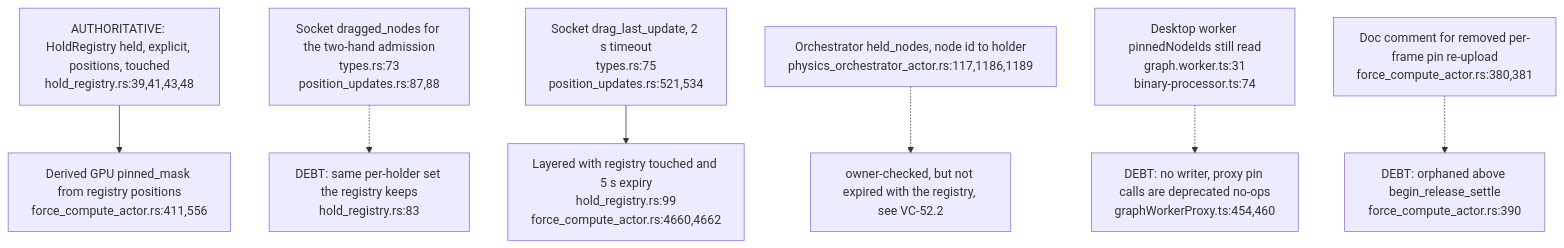
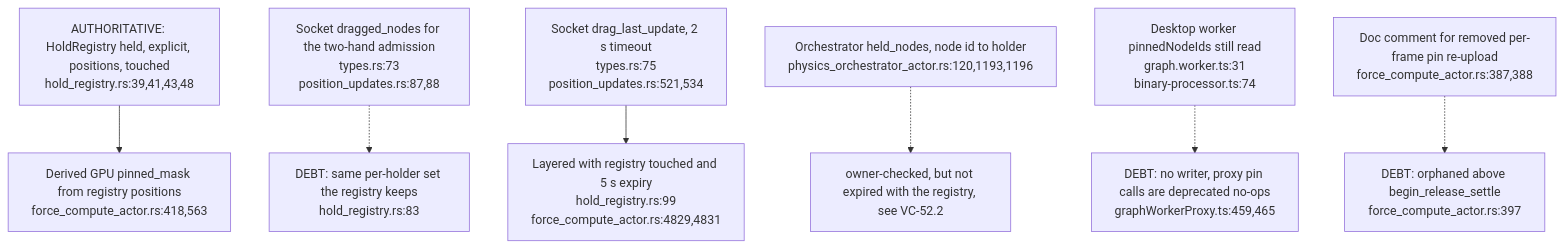
One commit to DreamLab-AI/VisionFlow changed the seventh of 7 diagrams in docs/diagrams/visionclaw/52-drag-holds-and-observation-gates.md. Above: the diagram before and after it, drawn with Mermaid. The commit also changed other lines of this file and 6 other files, not shown here.

First line of the commit message:
diagrams(visionclaw): re-verify VC-51..57 at visionclaw 4900ec60

````diff
--- a/docs/diagrams/visionclaw/52-drag-holds-and-observation-gates.md
+++ b/docs/diagrams/visionclaw/52-drag-holds-and-observation-gates.md
@@ -160,9 +160,9 @@
 ```mermaid
 flowchart TD
-    REG["AUTHORITATIVE: HoldRegistry held, explicit, positions, touched<br/>hold_registry.rs:39,41,43,48"] --> MASK["Derived GPU pinned_mask from registry positions<br/>force_compute_actor.rs:411,556"]
+    REG["AUTHORITATIVE: HoldRegistry held, explicit, positions, touched<br/>hold_registry.rs:39,41,43,48"] --> MASK["Derived GPU pinned_mask from registry positions<br/>force_compute_actor.rs:418,563"]
     SOCK["Socket dragged_nodes for the two-hand admission<br/>types.rs:73<br/>position_updates.rs:87,88"] -.-> D1["DEBT: same per-holder set the registry keeps<br/>hold_registry.rs:83"]
-    TIME["Socket drag_last_update, 2 s timeout<br/>types.rs:75<br/>position_updates.rs:521,534"] --> LAYER["Layered with registry touched and 5 s expiry<br/>hold_registry.rs:99<br/>force_compute_actor.rs:4660,4662"]
-    ORCH["Orchestrator held_nodes, node id to holder<br/>physics_orchestrator_actor.rs:117,1186,1189"] -.-> T1["owner-checked, but not expired with the registry, see VC-52.2"]
-    DESK["Desktop worker pinnedNodeIds still read<br/>graph.worker.ts:31<br/>binary-processor.ts:74"] -.-> D2["DEBT: no writer, proxy pin calls are deprecated no-ops<br/>graphWorkerProxy.ts:454,460"]
-    STALE["Doc comment for removed per-frame pin re-upload<br/>force_compute_actor.rs:380,381"] -.-> D3["DEBT: orphaned above begin_release_settle<br/>force_compute_actor.rs:390"]
+    TIME["Socket drag_last_update, 2 s timeout<br/>types.rs:75<br/>position_updates.rs:521,534"] --> LAYER["Layered with registry touched and 5 s expiry<br/>hold_registry.rs:99<br/>force_compute_actor.rs:4829,4831"]
+    ORCH["Orchestrator held_nodes, node id to holder<br/>physics_orchestrator_actor.rs:120,1193,1196"] -.-> T1["owner-checked, but not expired with the registry, see VC-52.2"]
+    DESK["Desktop worker pinnedNodeIds still read<br/>graph.worker.ts:31<br/>binary-processor.ts:74"] -.-> D2["DEBT: no writer, proxy pin calls are deprecated no-ops<br/>graphWorkerProxy.ts:459,465"]
+    STALE["Doc comment for removed per-frame pin re-upload<br/>force_compute_actor.rs:387,388"] -.-> D3["DEBT: orphaned above begin_release_settle<br/>force_compute_actor.rs:397"]
 ```
````
